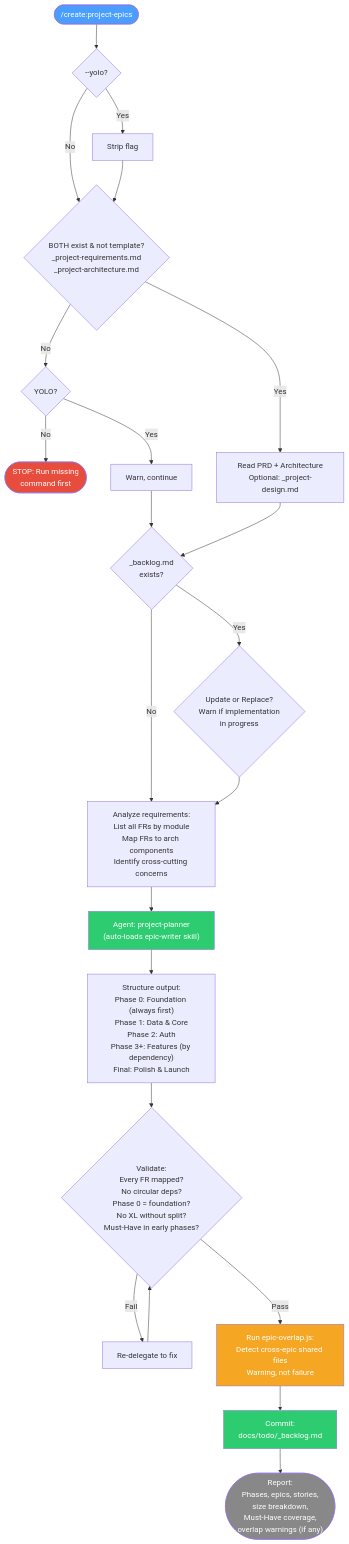
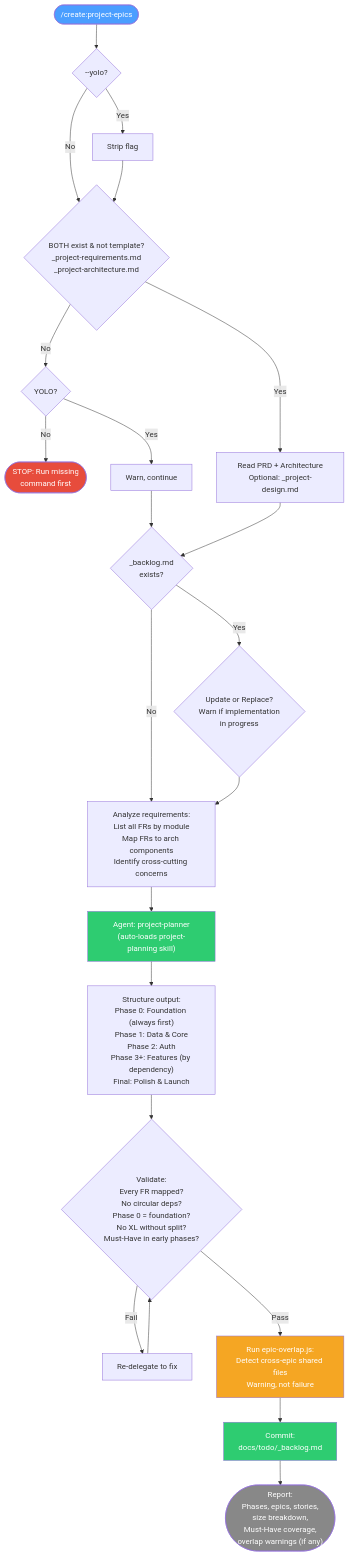
One commit to Domdhi/Agents.Domdhi changed the eighth of 37 diagrams in docs/reference/commands.md. Above: the diagram before and after it, drawn with Mermaid. The commit also changed other lines of this file and 113 other files, not shown here.

````diff
--- a/docs/reference/commands.md
+++ b/docs/reference/commands.md
@@ -386,41 +386,41 @@
 ```mermaid
 flowchart TD
     START(["/create:project-epics"]) --> YOLO{--yolo?}
     YOLO -->|Yes| STRIP[Strip flag]
     YOLO -->|No| GATE
     STRIP --> GATE
 
     GATE{BOTH exist & not template?\n_project-requirements.md\n_project-architecture.md}
     GATE -->|No| YOLO_CHK{YOLO?}
     YOLO_CHK -->|No| STOP(["STOP: Run missing\ncommand first"])
     YOLO_CHK -->|Yes| WARN[Warn, continue]
     GATE -->|Yes| READ["Read PRD + Architecture\nOptional: _project-design.md"]
     WARN --> EXIST
 
     READ --> EXIST{_backlog.md\nexists?}
     EXIST -->|Yes| ASK{Update or Replace?\nWarn if implementation\nin progress}
     EXIST -->|No| ANALYZE
     ASK --> ANALYZE
 
     ANALYZE["Analyze requirements:\nList all FRs by module\nMap FRs to arch components\nIdentify cross-cutting concerns"]
 
-    ANALYZE --> DELEGATE["Agent: project-planner\n(auto-loads epic-writer skill)"]
+    ANALYZE --> DELEGATE["Agent: project-planner\n(auto-loads project-planning skill)"]
 
     DELEGATE --> AGENT["Structure output:\nPhase 0: Foundation (always first)\nPhase 1: Data & Core\nPhase 2: Auth\nPhase 3+: Features (by dependency)\nFinal: Polish & Launch"]
 
     AGENT --> VALIDATE{Validate:\nEvery FR mapped?\nNo circular deps?\nPhase 0 = foundation?\nNo XL without split?\nMust-Have in early phases?}
     VALIDATE -->|Fail| FIX[Re-delegate to fix]
     FIX --> VALIDATE
     VALIDATE -->|Pass| OVERLAP["Run epic-overlap.js:\nDetect cross-epic shared files\nWarning, not failure"]
 
     OVERLAP --> COMMIT["Commit:\ndocs/todo/_backlog.md"]
 
     COMMIT --> REPORT(["Report:\nPhases, epics, stories,\nsize breakdown,\nMust-Have coverage,\noverlap warnings (if any)"])
 
     style START fill:#4a9eff,color:#fff
     style STOP fill:#e74c3c,color:#fff
     style DELEGATE fill:#2ecc71,color:#fff
     style OVERLAP fill:#f5a623,color:#fff
     style COMMIT fill:#2ecc71,color:#fff
     style REPORT fill:#888,color:#fff
 ```
````
